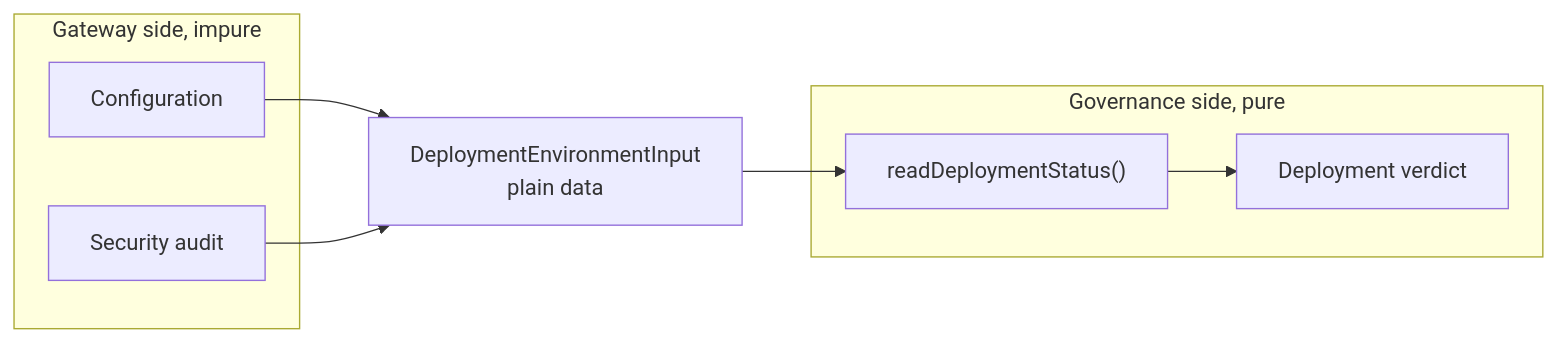
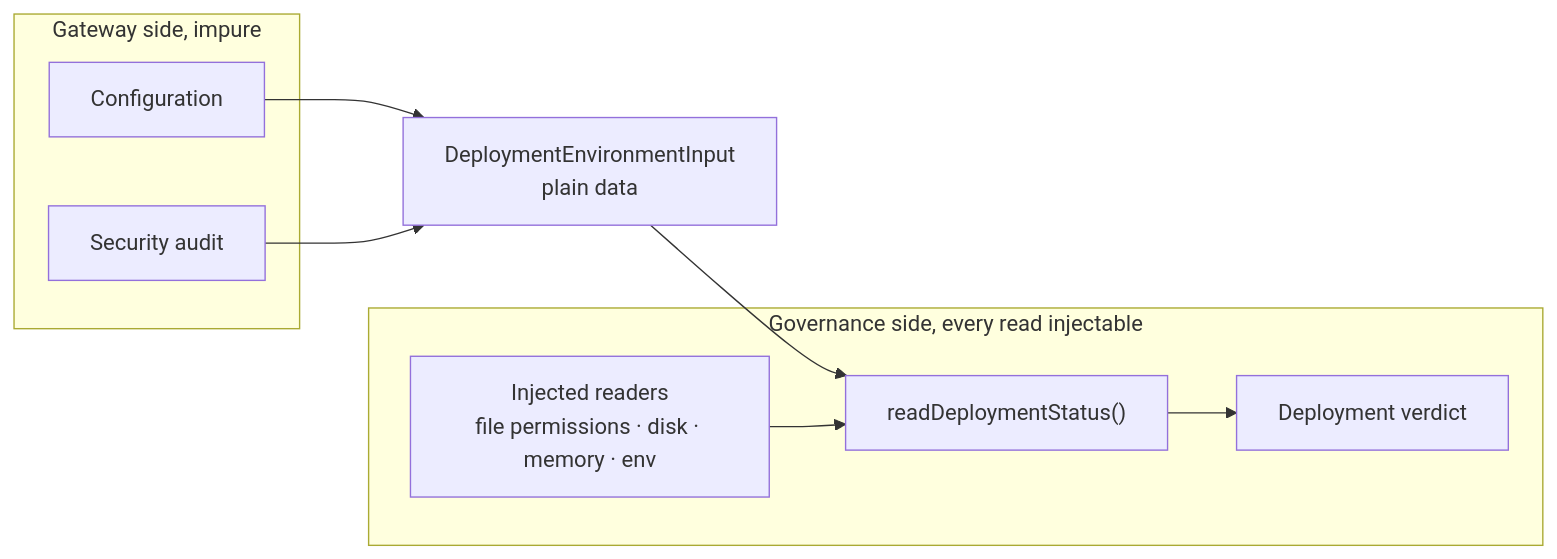
One commit to KinanRadaideh/openclaw-governance-layer changed the seventh of 23 diagrams in docs-notes/FIGURES.md. Above: the diagram before and after it, drawn with Mermaid. The commit also changed other lines of this file and 10 other files, not shown here.

````diff
--- a/docs-notes/FIGURES.md
+++ b/docs-notes/FIGURES.md
@@ -844,14 +967,16 @@
 ```mermaid
 flowchart LR
   subgraph GW["Gateway side, impure"]
     CFG["Configuration"]
     SEC["Security audit"]
   end
-  subgraph GOV["Governance side, pure"]
+  subgraph GOV["Governance side, every read injectable"]
     FN["readDeploymentStatus()"]
+    RD["Injected readers<br/>file permissions · disk · memory · env"]
     OUT["Deployment verdict"]
   end
   CFG --> IN["DeploymentEnvironmentInput<br/>plain data"]
   SEC --> IN
   IN --> FN --> OUT
+  RD --> FN
 ```
````
